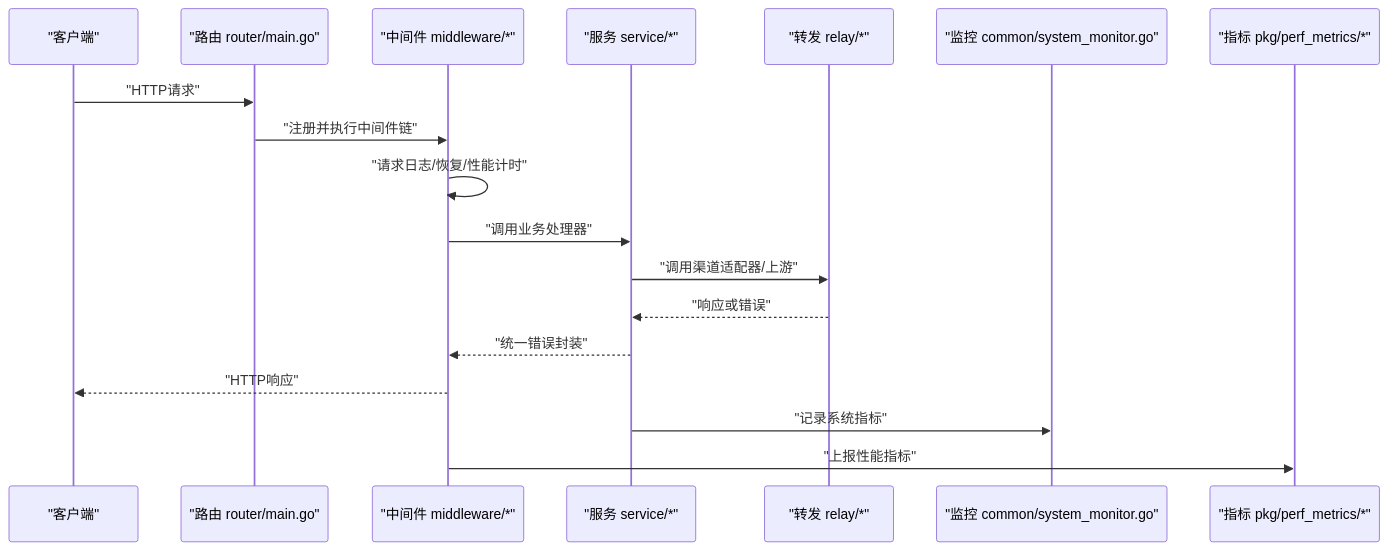
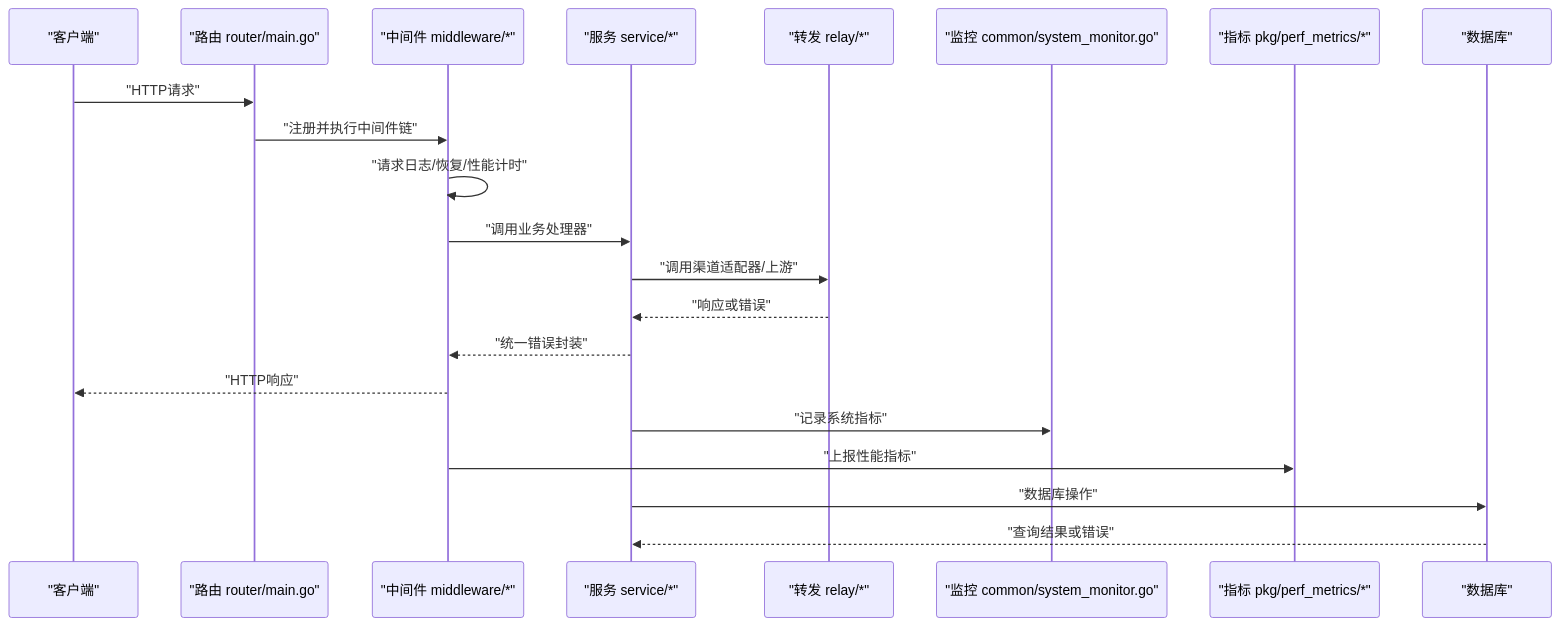
The second of 10 diagrams in .qoder/repowiki/zh/content/故障排除/故障排除.md (zhaodechao2008/new-api), drawn with Mermaid before and after one commit. The commit also changed other lines of this file and 274 other files, not shown here.

````diff
--- a/.qoder/repowiki/zh/content/故障排除/故障排除.md
+++ b/.qoder/repowiki/zh/content/故障排除/故障排除.md
@@ -115,20 +133,23 @@
 ```mermaid
 sequenceDiagram
 participant Client as "客户端"
 participant Router as "路由 router/main.go"
 participant MW as "中间件 middleware/*"
 participant Service as "服务 service/*"
 participant Relay as "转发 relay/*"
 participant Monitor as "监控 common/system_monitor.go"
 participant Metrics as "指标 pkg/perf_metrics/*"
+participant DB as "数据库"
 Client->>Router : "HTTP请求"
 Router->>MW : "注册并执行中间件链"
 MW->>MW : "请求日志/恢复/性能计时"
 MW->>Service : "调用业务处理器"
 Service->>Relay : "调用渠道适配器/上游"
 Relay-->>Service : "响应或错误"
 Service-->>MW : "统一错误封装"
 MW-->>Client : "HTTP响应"
 Service->>Monitor : "记录系统指标"
 MW->>Metrics : "上报性能指标"
+Service->>DB : "数据库操作"
+DB-->>Service : "查询结果或错误"
 ```
````
